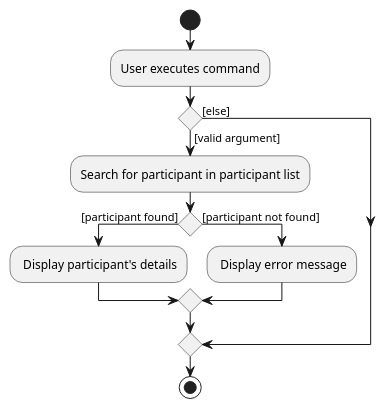
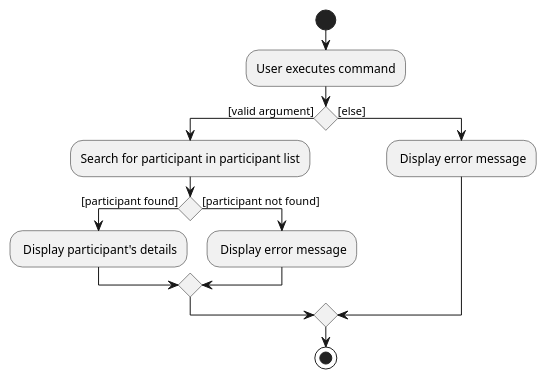
One commit to nus-cs2103-AY2122S1/tp changed the diagram in docs/diagrams/ViewCommandActivityDiagram.puml. Above: the diagram before and after it, drawn with PlantUML.

Commit message:
Minor edit to ViewCommand activity diagram

```diff
--- a/docs/diagrams/ViewCommandActivityDiagram.puml
+++ b/docs/diagrams/ViewCommandActivityDiagram.puml
@@ -1,18 +1,19 @@
 @startuml
 start
 :User executes command;
 
 'Since the beta syntax does not support placing the condition outside the
 'diamond we place it as the true branch instead.
 
 if () then ([valid argument])
     :Search for participant in participant list;
     if () then ([participant found])
         : Display participant's details;
     else ([participant not found])
         : Display error message;
     endif
 else ([else])
+    : Display error message;
 endif
 stop
 @enduml
```
